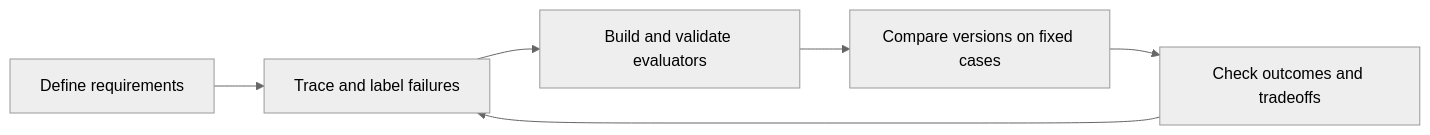
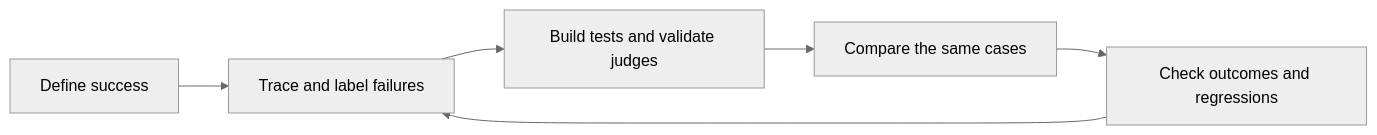
The diagram in README.md (YKaanKaya/deeplearning-ai-agentic-evaluation), drawn with Mermaid (neutral theme) before and after one commit. The commit also changed other lines of this file and 59 other files, not shown here.

````diff
--- a/README.md
+++ b/README.md
@@ -25,8 +45,8 @@
 ```mermaid
 flowchart LR
-    A[Define requirements] --> B[Trace and label failures]
-    B --> C[Build and validate evaluators]
-    C --> D[Compare versions on fixed cases]
-    D --> E[Check outcomes and tradeoffs]
+    A[Define success] --> B[Trace and label failures]
+    B --> C[Build tests and validate judges]
+    C --> D[Compare the same cases]
+    D --> E[Check outcomes and regressions]
     E --> B
 ```
````
